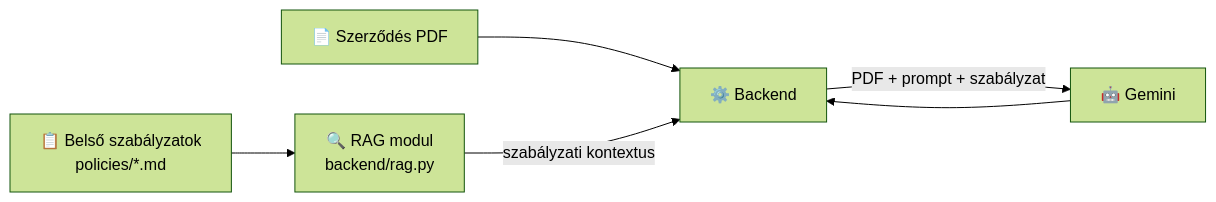
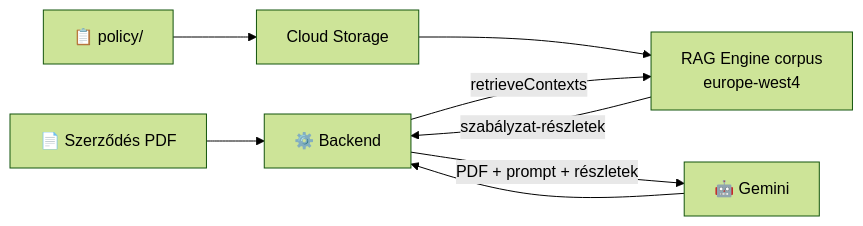
One commit to cloudsteak/trn-gcp-ai-contract-analyzer changed the fifth of 6 diagrams in README.md. Above: the diagram before and after it, drawn with Mermaid (forest theme). The commit also changed other lines of this file and 17 other files, not shown here.

````diff
--- a/README.md
+++ b/README.md
@@ -790,14 +794,16 @@
 ```mermaid
 flowchart LR
     PDF["📄 Szerződés PDF"]
-    POL["📋 Belső szabályzatok<br/>policies/*.md"]
-    RAG["🔍 RAG modul<br/>backend/rag.py"]
+    POL["📋 policy/"]
+    GCS["Cloud Storage"]
+    CORPUS["RAG Engine corpus<br/>europe-west4"]
     BE["⚙️ Backend"]
     GEM["🤖 Gemini"]
 
+    POL --> GCS --> CORPUS
     PDF --> BE
-    POL --> RAG
-    RAG -->|"szabályzati kontextus"| BE
-    BE -->|"PDF + prompt + szabályzat"| GEM
+    BE -->|"retrieveContexts"| CORPUS
+    CORPUS -->|"szabályzat-részletek"| BE
+    BE -->|"PDF + prompt + részletek"| GEM
     GEM --> BE
 ```
````
